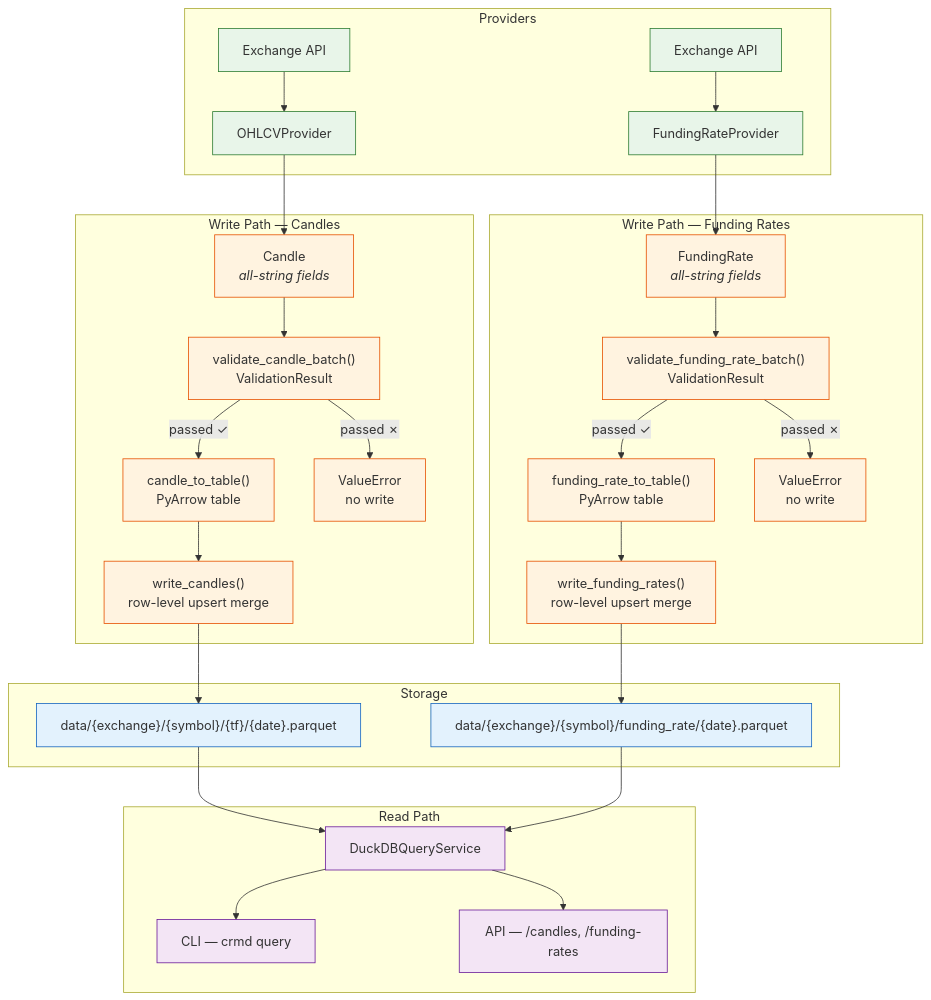
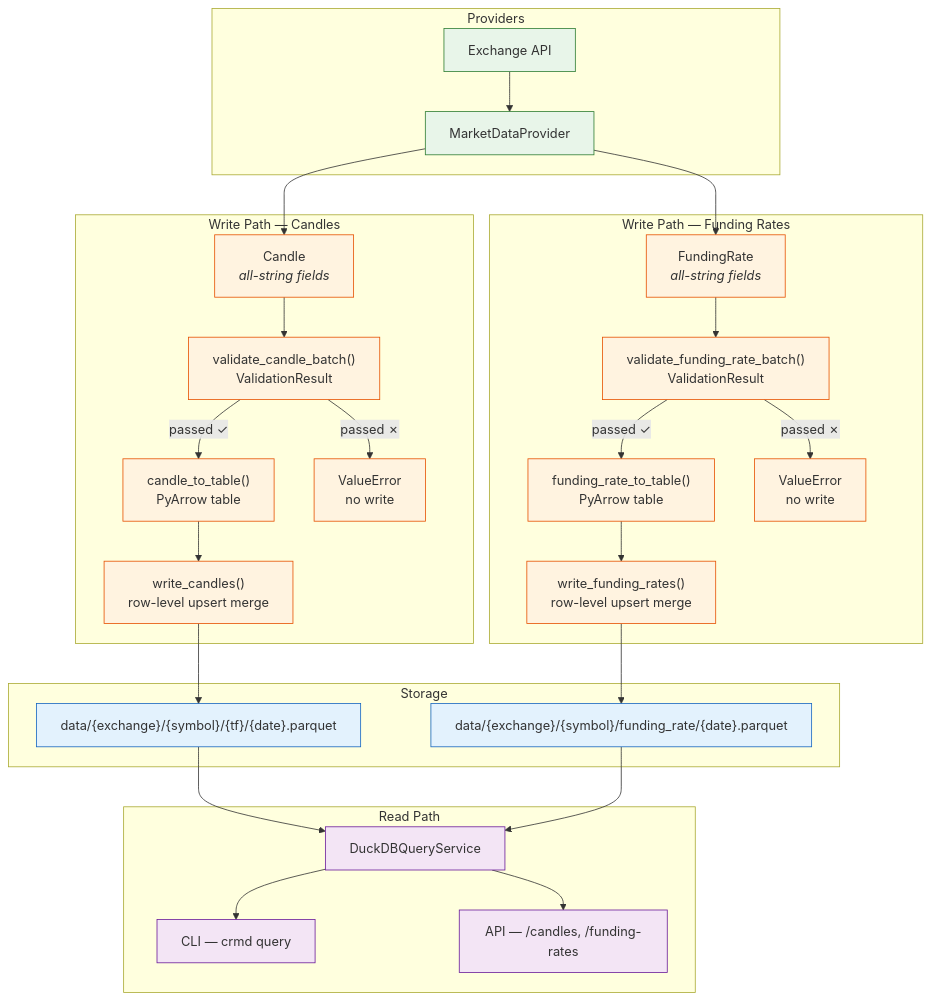
The diagram in docs/index.md (bigmikecreates/crypto-market-data-platform), drawn with Mermaid before and after one commit.

Commit message:
docs: abstract providers in MkDocs Home diagram (OHLCVProvider+FundingRateProvider → MarketDataProvider)

````diff
--- a/docs/index.md
+++ b/docs/index.md
@@ -7,47 +7,46 @@
 ```mermaid
 graph TD
     classDef provider fill:#e8f5e9,stroke:#2e7d32;
     classDef write fill:#fff3e0,stroke:#e65100;
     classDef store fill:#e3f2fd,stroke:#1565c0;
     classDef read fill:#f3e5f5,stroke:#6a1b9a;
 
     subgraph Providers
-        A1[Exchange API] --> B1[OHLCVProvider]
-        A2[Exchange API] --> B2[FundingRateProvider]
+        A[Exchange API] --> B[MarketDataProvider]
     end
 
     subgraph "Write Path — Candles"
-        B1 --> C1["Candle<br/><i>all-string fields</i>"]
+        B --> C1["Candle<br/><i>all-string fields</i>"]
         C1 --> D1["validate_candle_batch()<br/>ValidationResult"]
         D1 -- "passed ✓" --> E1["candle_to_table()<br/>PyArrow table"]
         D1 -- "passed ✗" --> F1["ValueError<br/>no write"]
         E1 --> G1["write_candles()<br/>row-level upsert merge"]
     end
 
     subgraph "Write Path — Funding Rates"
-        B2 --> C2["FundingRate<br/><i>all-string fields</i>"]
+        B --> C2["FundingRate<br/><i>all-string fields</i>"]
         C2 --> D2["validate_funding_rate_batch()<br/>ValidationResult"]
         D2 -- "passed ✓" --> E2["funding_rate_to_table()<br/>PyArrow table"]
         D2 -- "passed ✗" --> F2["ValueError<br/>no write"]
         E2 --> G2["write_funding_rates()<br/>row-level upsert merge"]
     end
 
     subgraph Storage
         H1["data/{exchange}/{symbol}/{tf}/{date}.parquet"]
         H2["data/{exchange}/{symbol}/funding_rate/{date}.parquet"]
         G1 --> H1
         G2 --> H2
     end
 
     subgraph "Read Path"
         H1 --> I[DuckDBQueryService]
         H2 --> I
         I --> J[CLI — crmd query]
         I --> K[API — /candles, /funding-rates]
     end
 
-    class A1,A2,B1,B2 provider;
+    class A,B provider;
     class C1,D1,E1,F1,G1,C2,D2,E2,F2,G2 write;
     class H1,H2 store;
     class I,J,K read;
 ```
````
